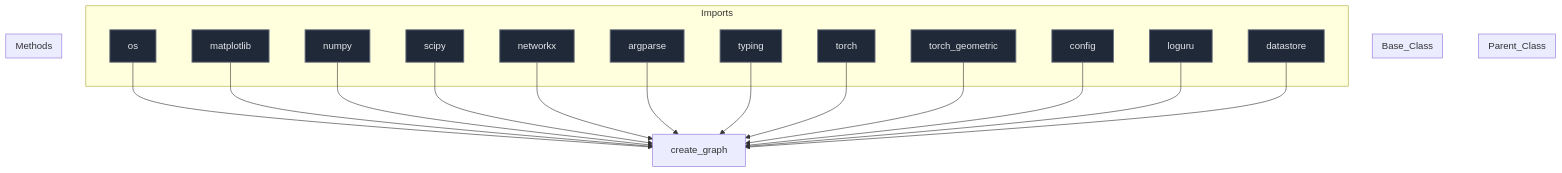
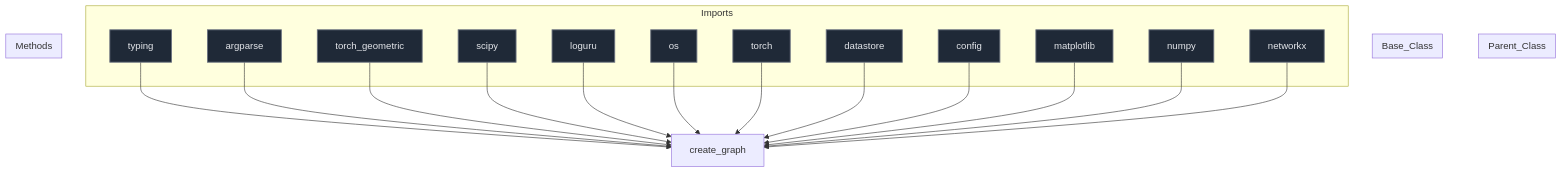
The diagram in docs/diagrams/create_graph_diagram.md (mllam/neural-lam), drawn with Mermaid before and after one commit. The commit also changed 19 other files, not shown here.

Commit message:
Auto-update Mermaid diagrams

````diff
--- a/docs/diagrams/create_graph_diagram.md
+++ b/docs/diagrams/create_graph_diagram.md
@@ -1,53 +1,53 @@
 ```mermaid
 %%{init: {'flowchart': {'nodeSpacing': 60, 'rankSpacing': 80}}}%%
 flowchart TD
 
 module["create_graph"]
 
 subgraph Parent_Class
 end
 
 subgraph Base_Class
 end
 
 
 subgraph Imports
+    typing["typing"]
+    argparse["argparse"]
+    torch_geometric["torch_geometric"]
+    scipy["scipy"]
+    loguru["loguru"]
     os["os"]
+    torch["torch"]
+    datastore["datastore"]
+    config["config"]
     matplotlib["matplotlib"]
     numpy["numpy"]
-    scipy["scipy"]
     networkx["networkx"]
-    argparse["argparse"]
-    typing["typing"]
-    torch["torch"]
-    torch_geometric["torch_geometric"]
-    config["config"]
-    loguru["loguru"]
-    datastore["datastore"]
 end
 
+    typing --> module
+    argparse --> module
+    torch_geometric --> module
+    scipy --> module
+    loguru --> module
     os --> module
+    torch --> module
+    datastore --> module
+    config --> module
     matplotlib --> module
     numpy --> module
-    scipy --> module
     networkx --> module
-    argparse --> module
-    typing --> module
-    torch --> module
-    torch_geometric --> module
-    config --> module
-    loguru --> module
-    datastore --> module
 
 subgraph Methods
 end
 
 
 classDef parent fill:#0f172a,stroke:#3b82f6,stroke-width:2px,color:#f1f5f9,font-size:16px
 classDef base fill:#78350f,stroke:#f59e0b,stroke-width:1px,color:#fde68a,font-size:16px
 classDef import fill:#1f2937,stroke:#6b7280,stroke-width:1.5px,color:#e5e7eb,font-size:16px
 classDef method fill:#2d043f,stroke:#7c3aed,stroke-width:1.5px,color:#ede9fe,font-size:16px
 classDef callNode fill:#064e3b,stroke:#10b981,stroke-width:1.5px,color:#d1fae5,font-size:16px
-class os,matplotlib,numpy,scipy,networkx,argparse,typing,torch,torch_geometric,config,loguru,datastore import
+class typing,argparse,torch_geometric,scipy,loguru,os,torch,datastore,config,matplotlib,numpy,networkx import
 
 ```
````
